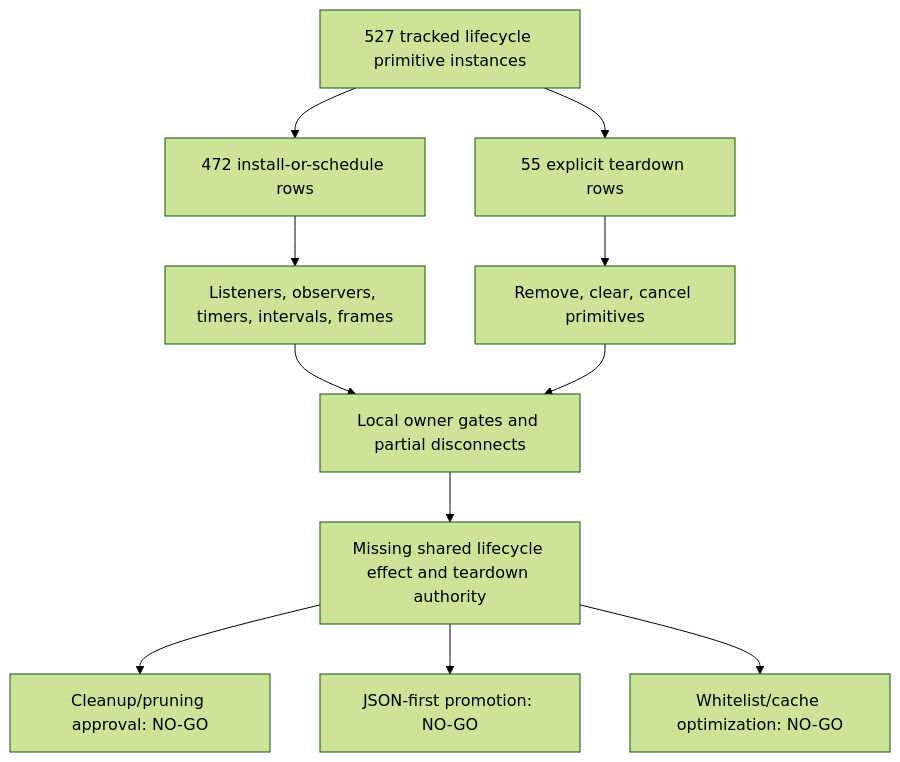
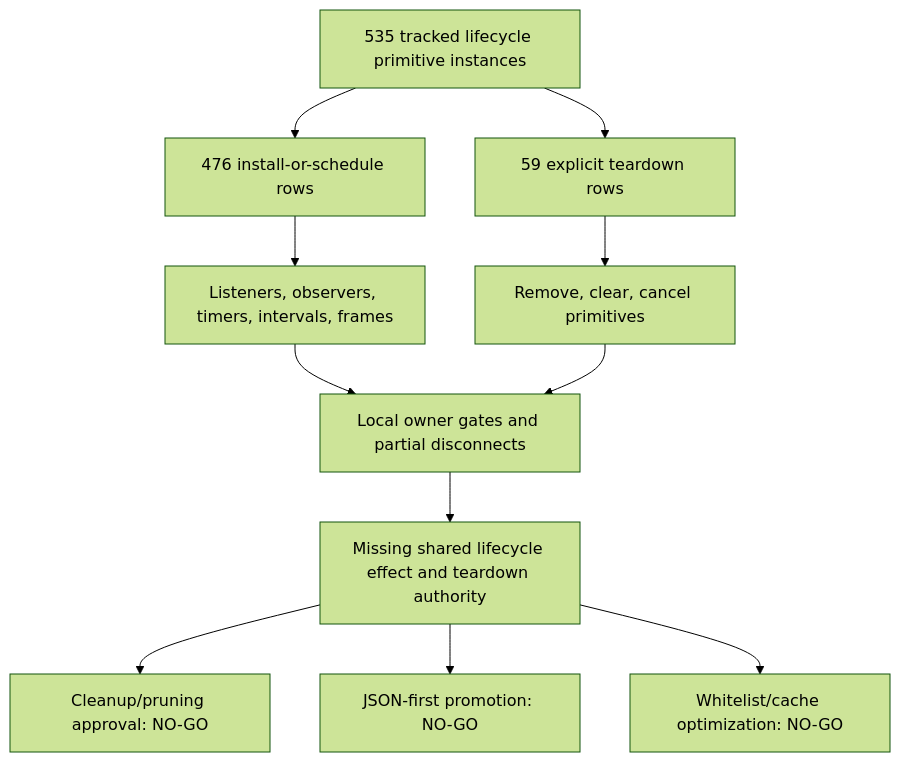
One commit to varshneydevansh/FilterTube changed diagram 47 of 47 in docs/audit/FILTERTUBE_LIFECYCLE_INSTANCE_REGISTER_2026-05-18.md. Above: the diagram before and after it, drawn with Mermaid (forest theme). The commit also changed other lines of this file and 701 other files, not shown here.

````diff
--- a/docs/audit/FILTERTUBE_LIFECYCLE_INSTANCE_REGISTER_2026-05-18.md
+++ b/docs/audit/FILTERTUBE_LIFECYCLE_INSTANCE_REGISTER_2026-05-18.md
@@ -4368,13 +4368,13 @@
 ```mermaid
 flowchart TD
-  A["527 tracked lifecycle primitive instances"] --> B["472 install-or-schedule rows"]
-  A --> C["55 explicit teardown rows"]
+  A["535 tracked lifecycle primitive instances"] --> B["476 install-or-schedule rows"]
+  A --> C["59 explicit teardown rows"]
   B --> D["Listeners, observers, timers, intervals, frames"]
   C --> E["Remove, clear, cancel primitives"]
   D --> F["Local owner gates and partial disconnects"]
   E --> F
   F --> G["Missing shared lifecycle effect and teardown authority"]
   G --> H["Cleanup/pruning approval: NO-GO"]
   G --> I["JSON-first promotion: NO-GO"]
   G --> J["Whitelist/cache optimization: NO-GO"]
 ```
````
